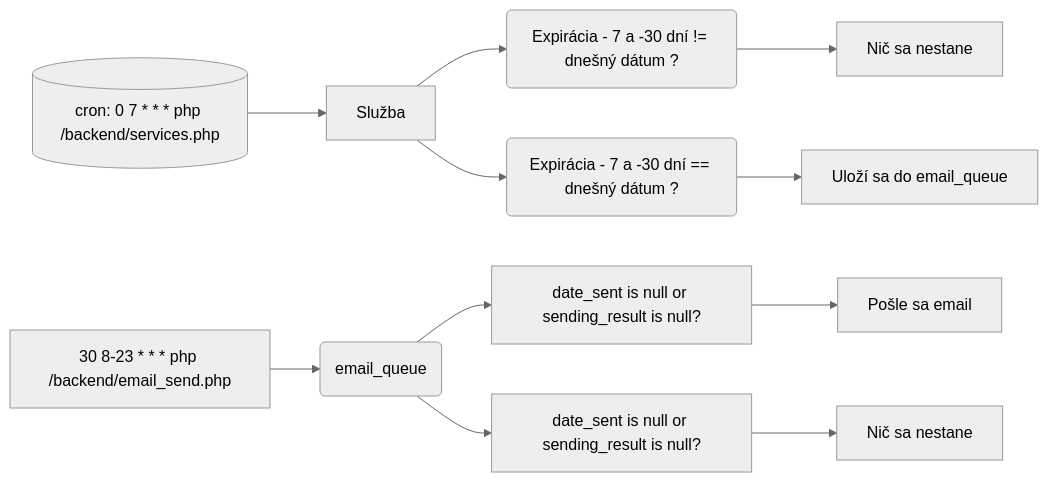
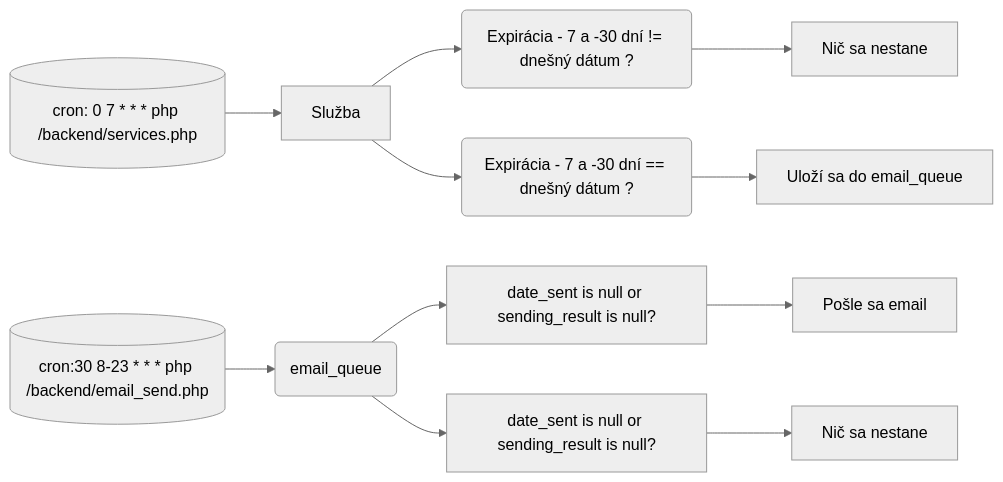
One commit to tomigar/EmailNotifications changed the diagram in readme.md. Above: the diagram before and after it, drawn with Mermaid (neutral theme).

````diff
--- a/readme.md
+++ b/readme.md
@@ -3,11 +3,11 @@
 ```mermaid
 graph LR
 X[(cron: 0 7 * * * php /backend/services.php)] -->
 A[Služba] --> B(Expirácia - 7 a -30 dní != dnešný dátum ?)
 B --> C[Nič sa nestane]
 A --> D(Expirácia - 7 a -30 dní == dnešný dátum ?)
 D --> E[Uloží sa do email_queue]
 
-F[30 8-23 * * * php /backend/email_send.php]-->G(email_queue)-->H[date_sent is null or sending_result is null?]-->I[Pošle sa email]
+F[(cron:30 8-23 * * * php /backend/email_send.php)]-->G(email_queue)-->H[date_sent is null or sending_result is null?]-->I[Pošle sa email]
 G-->J[date_sent is null or sending_result is null?]-->K[Nič sa nestane]
 ```
````
